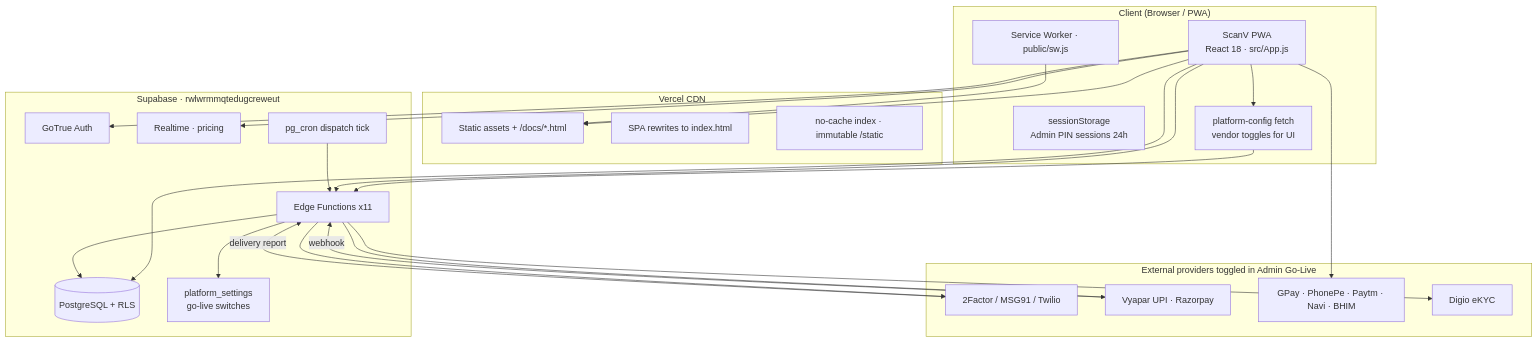
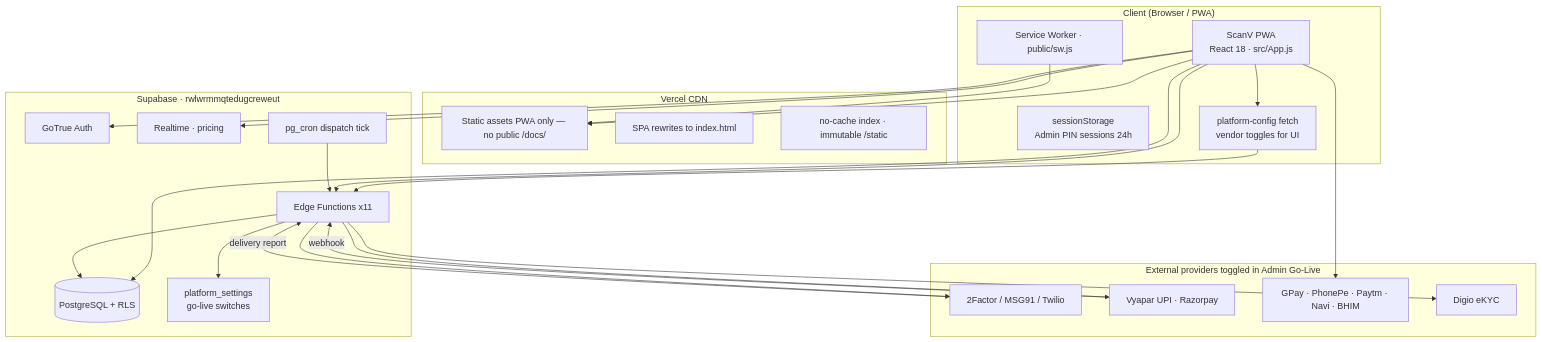
One commit to scanversecorp/scanverse changed the second of 7 diagrams in docs/ARCHITECTURE.md. Above: the diagram before and after it, drawn with Mermaid. The commit also changed 8 other files, not shown here.

First line of the commit message:
Add full Admin diagram catalog (31) served PIN-gated from admin-hub.

````diff
--- a/docs/ARCHITECTURE.md
+++ b/docs/ARCHITECTURE.md
@@ -53,49 +53,49 @@
 ```mermaid
 flowchart TB
     subgraph Client["Client (Browser / PWA)"]
         PWA["ScanV PWA<br/>React 18 · src/App.js"]
         SW["Service Worker · public/sw.js"]
         SS["sessionStorage<br/>Admin PIN sessions 24h"]
         PC["platform-config fetch<br/>vendor toggles for UI"]
     end
 
     subgraph Vercel["Vercel CDN"]
-        CDN["Static assets + /docs/*.html"]
+        CDN["Static assets PWA only — no public /docs/"]
         RW["SPA rewrites to index.html"]
         HC["no-cache index · immutable /static"]
     end
 
     subgraph Supabase["Supabase · rwlwrmmqtedugcreweut"]
         AUTH["GoTrue Auth"]
         DB[("PostgreSQL + RLS")]
         EF["Edge Functions x11"]
         RT["Realtime · pricing"]
         CRON["pg_cron dispatch tick"]
         PS["platform_settings<br/>go-live switches"]
     end
 
     subgraph External["External providers toggled in Admin Go-Live"]
         OTP["2Factor / MSG91 / Twilio"]
         PAY["Vyapar UPI · Razorpay"]
         UPI["GPay · PhonePe · Paytm · Navi · BHIM"]
         DG["Digio eKYC"]
     end
 
     PWA --> CDN
     SW --> CDN
     PWA --> PC
     PC --> EF
     PWA --> AUTH
     PWA --> DB
     PWA --> EF
     PWA --> RT
     EF --> DB
     EF --> PS
     EF --> OTP
     EF --> PAY
     PWA --> UPI
     EF --> DG
     CRON --> EF
     PAY -->|webhook| EF
     OTP -->|delivery report| EF
 ```
````
